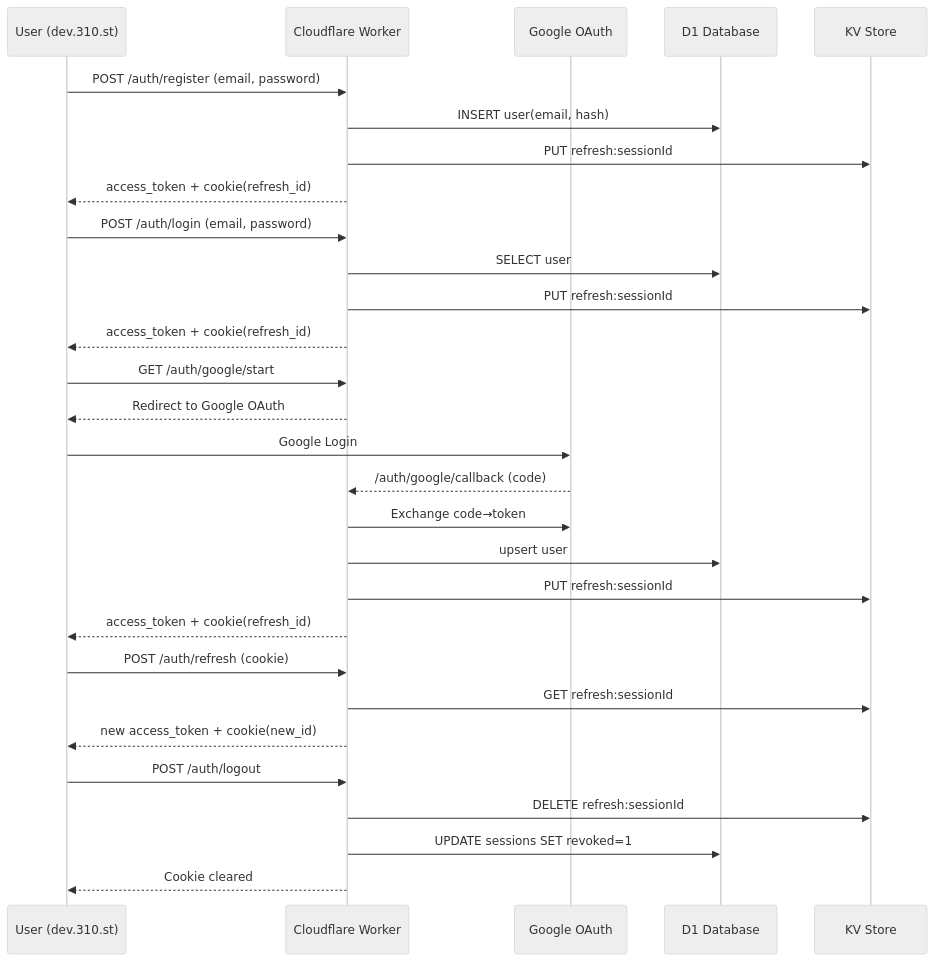
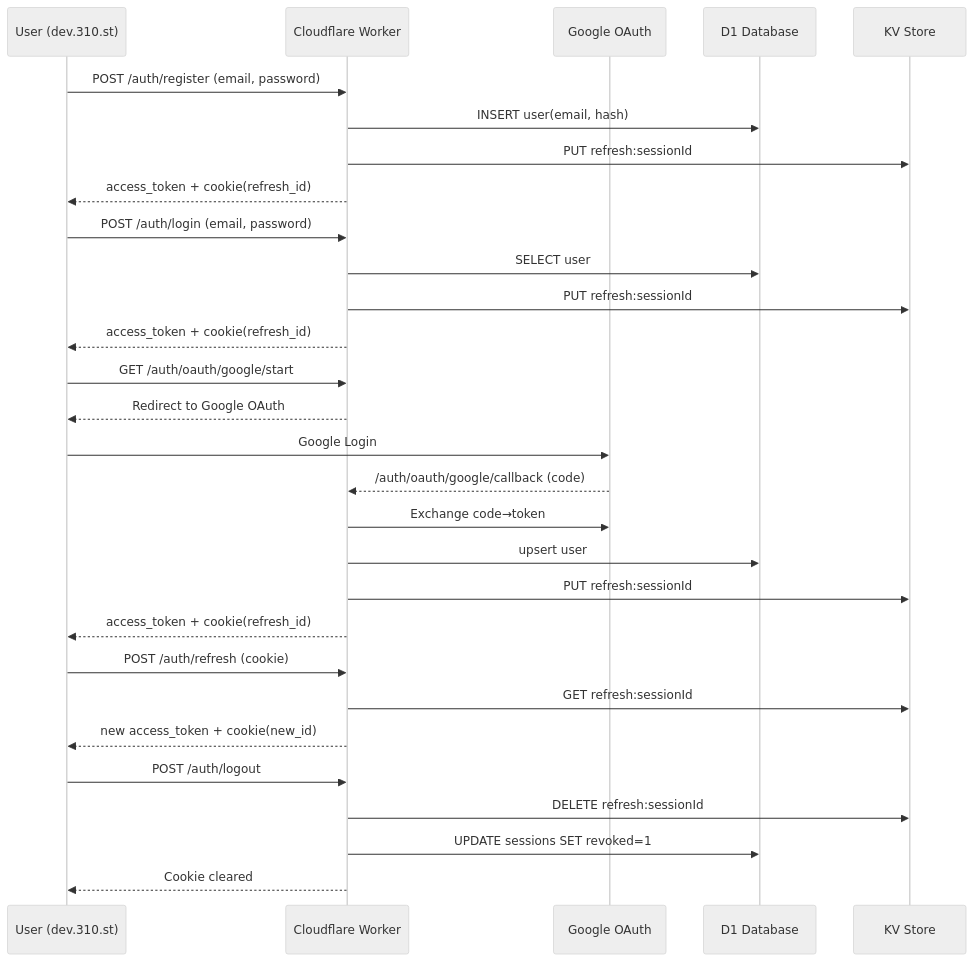
One commit to admin310st/301 changed the first of 4 diagrams in wiki/Security.md. Above: the diagram before and after it, drawn with Mermaid (neutral theme). The commit also changed other lines of this file and 1 other file, not shown here.

Commit message:
correcr path oauth

````diff
--- a/wiki/Security.md
+++ b/wiki/Security.md
@@ -327,36 +353,36 @@
 ```mermaid
 sequenceDiagram
     participant U as User (dev.310.st) 
     participant W as Cloudflare Worker
     participant G as Google OAuth
     participant D as D1 Database
     participant K as KV Store
 
     U->>W: POST /auth/register (email, password)
     W->>D: INSERT user(email, hash)
     W->>K: PUT refresh:sessionId
     W-->>U: access_token + cookie(refresh_id)
 
     U->>W: POST /auth/login (email, password)
     W->>D: SELECT user
     W->>K: PUT refresh:sessionId
     W-->>U: access_token + cookie(refresh_id)
 
-    U->>W: GET /auth/google/start
+    U->>W: GET /auth/oauth/google/start
     W-->>U: Redirect to Google OAuth
     U->>G: Google Login
-    G-->>W: /auth/google/callback (code)
+    G-->>W: /auth/oauth/google/callback (code)
     W->>G: Exchange code→token
     W->>D: upsert user
     W->>K: PUT refresh:sessionId
     W-->>U: access_token + cookie(refresh_id)
 
     U->>W: POST /auth/refresh (cookie)
     W->>K: GET refresh:sessionId
     W-->>U: new access_token + cookie(new_id)
 
     U->>W: POST /auth/logout
     W->>K: DELETE refresh:sessionId
     W->>D: UPDATE sessions SET revoked=1
     W-->>U: Cookie cleared
 ```
````
